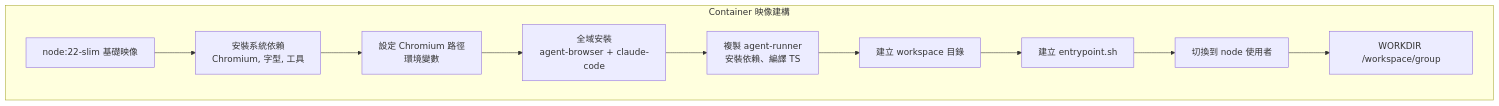
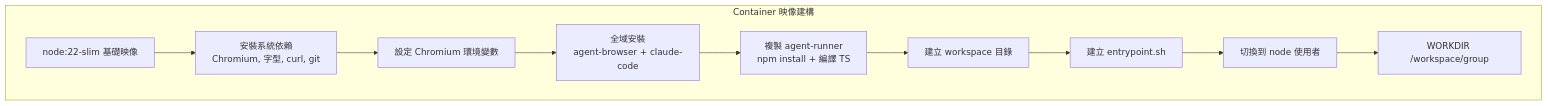
One commit to shunwork/nanoclaw changed diagram 17 of 39 in tutorial/TUTORIAL.md. Above: the diagram before and after it, drawn with Mermaid. The commit also changed other lines of this file and 18 other files, not shown here.

````diff
--- a/tutorial/TUTORIAL.md
+++ b/tutorial/TUTORIAL.md
@@ -896,13 +896,13 @@
 ```mermaid
 graph TB
     subgraph "Container 映像建構"
-        A["node:22-slim 基礎映像"] --> B["安裝系統依賴<br>Chromium, 字型, 工具"]
-        B --> C["設定 Chromium 路徑<br>環境變數"]
+        A["node:22-slim 基礎映像"] --> B["安裝系統依賴<br>Chromium, 字型, curl, git"]
+        B --> C["設定 Chromium 環境變數"]
         C --> D["全域安裝<br>agent-browser + claude-code"]
-        D --> E["複製 agent-runner<br>安裝依賴、編譯 TS"]
+        D --> E["複製 agent-runner<br>npm install + 編譯 TS"]
         E --> F["建立 workspace 目錄"]
         F --> G["建立 entrypoint.sh"]
         G --> H["切換到 node 使用者"]
         H --> I["WORKDIR /workspace/group"]
     end
 ```
````
